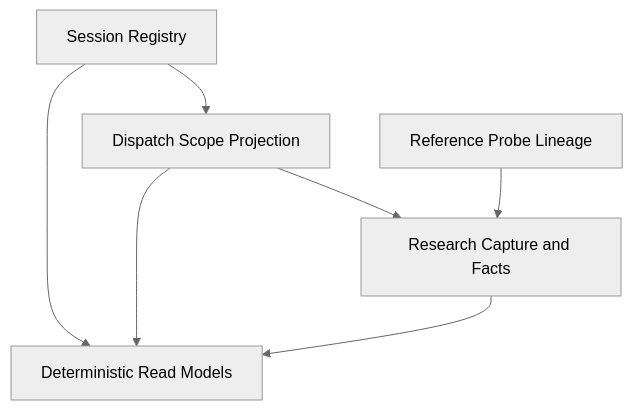
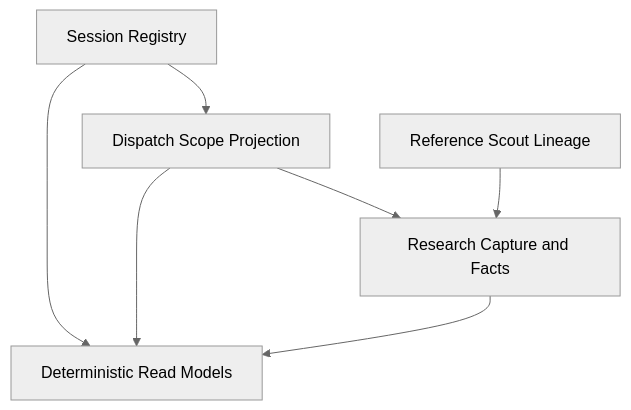
One commit to VictorBoscaro/cyberalchemy-orchestrator changed the diagram in docs/features/agent-provenance-telemetry/specs/SPEC.md. Above: the diagram before and after it, drawn with Mermaid (neutral theme). The commit also changed other lines of this file and 86 other files, not shown here.

````diff
--- a/docs/features/agent-provenance-telemetry/specs/SPEC.md
+++ b/docs/features/agent-provenance-telemetry/specs/SPEC.md
@@ -31,9 +31,9 @@
 ```mermaid
 graph TD
     SR[Session Registry] --> DSP[Dispatch Scope Projection]
     DSP --> RCF[Research Capture and Facts]
-    RPL[Reference Probe Lineage] --> RCF
+    RPL[Reference Scout Lineage] --> RCF
     SR --> DRM[Deterministic Read Models]
     DSP --> DRM
     RCF --> DRM
 ```
````
